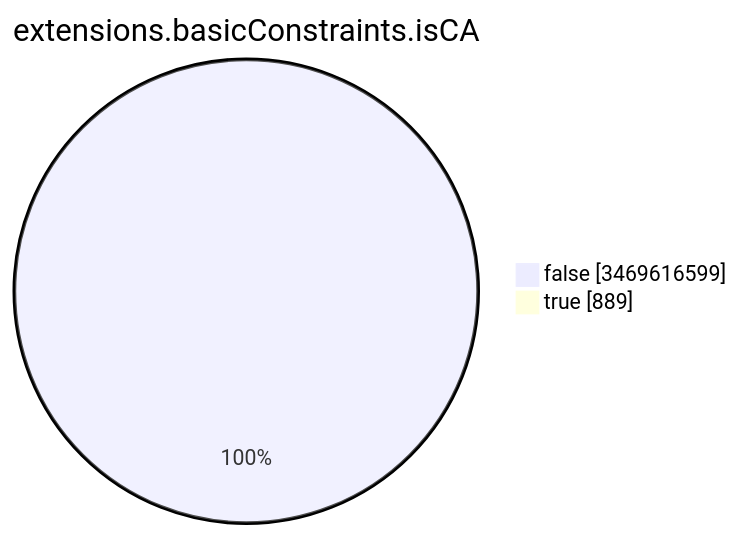
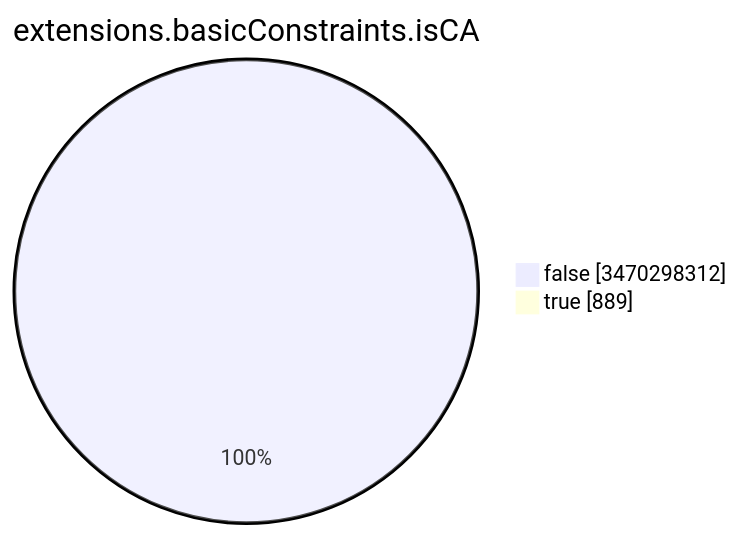
One commit to christiankrug/ctmonitor_visualization changed the seventh of 15 diagrams in TOTAL/README.md. Above: the diagram before and after it, drawn with Mermaid. The commit also changed other lines of this file, not shown here.

````diff
--- a/TOTAL/README.md
+++ b/TOTAL/README.md
@@ -3093,6 +3093,6 @@
 ```mermaid
 pie showData
 title extensions.basicConstraints.isCA
-"false" :3469616599
+"false" :3470298312
 "true" :889
 ```
````
